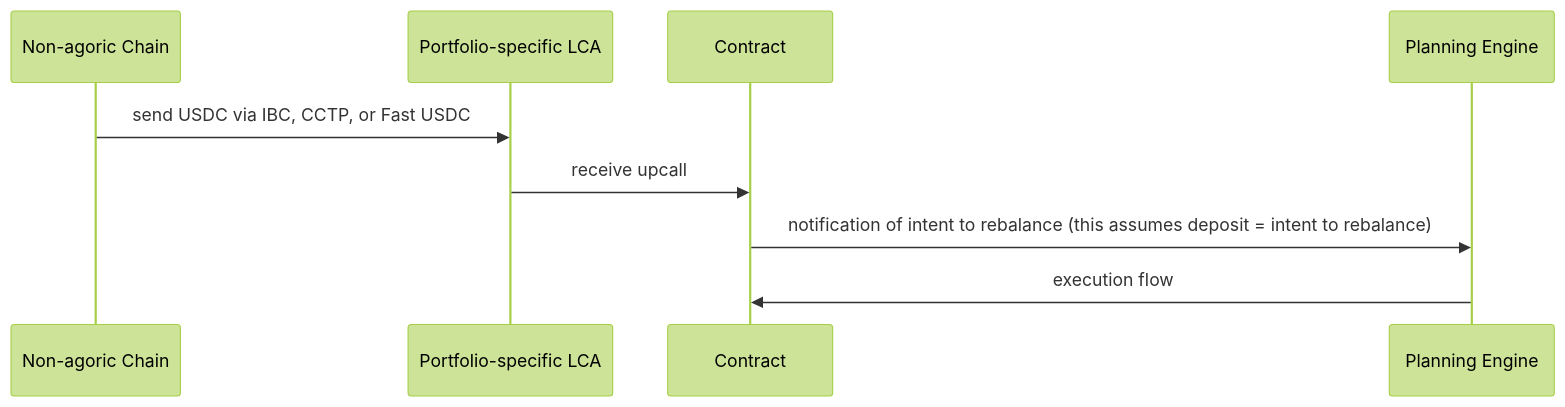
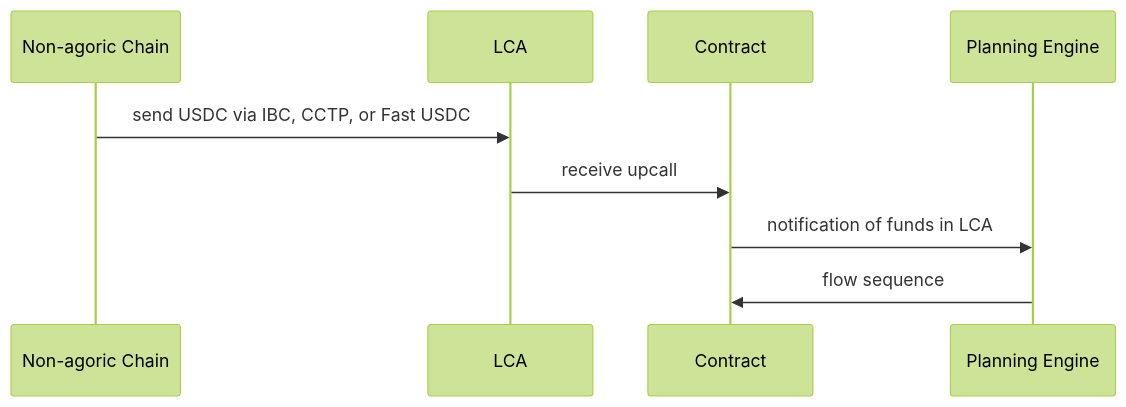
One commit to Agoric/agoric-sdk changed the sixth of 7 diagrams in packages/portfolio-contract/DESIGN-MVP.md. Above: the diagram before and after it, drawn with Mermaid (forest theme). The commit also changed other lines of this file, not shown here.

Commit message:
docs(portfolio-contract): update docs with some simplication

````diff
--- a/packages/portfolio-contract/DESIGN-MVP.md
+++ b/packages/portfolio-contract/DESIGN-MVP.md
@@ -74,7 +70,7 @@
 ```mermaid
 sequenceDiagram
-  Non-agoric Chain ->> Portfolio-specific LCA: send USDC via IBC, CCTP, or Fast USDC
-  Portfolio-specific LCA ->> Contract: receive upcall
-  Contract ->> Planning Engine: notification of intent to rebalance (this assumes deposit = intent to rebalance)
-  Planning Engine ->> Contract: execution flow
+  Non-agoric Chain ->> LCA: send USDC via IBC, CCTP, or Fast USDC
+  LCA ->> Contract: receive upcall
+  Contract ->> Planning Engine: notification of funds in LCA
+  Planning Engine ->> Contract: flow sequence
 ```
````
